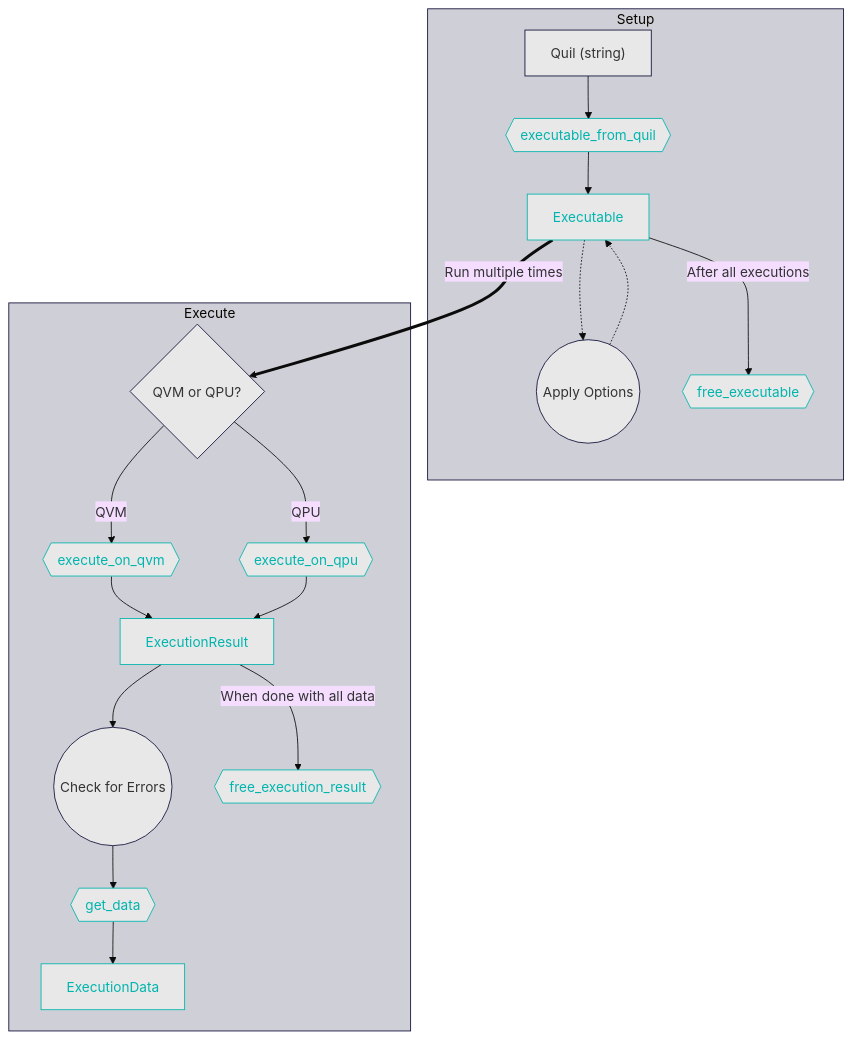
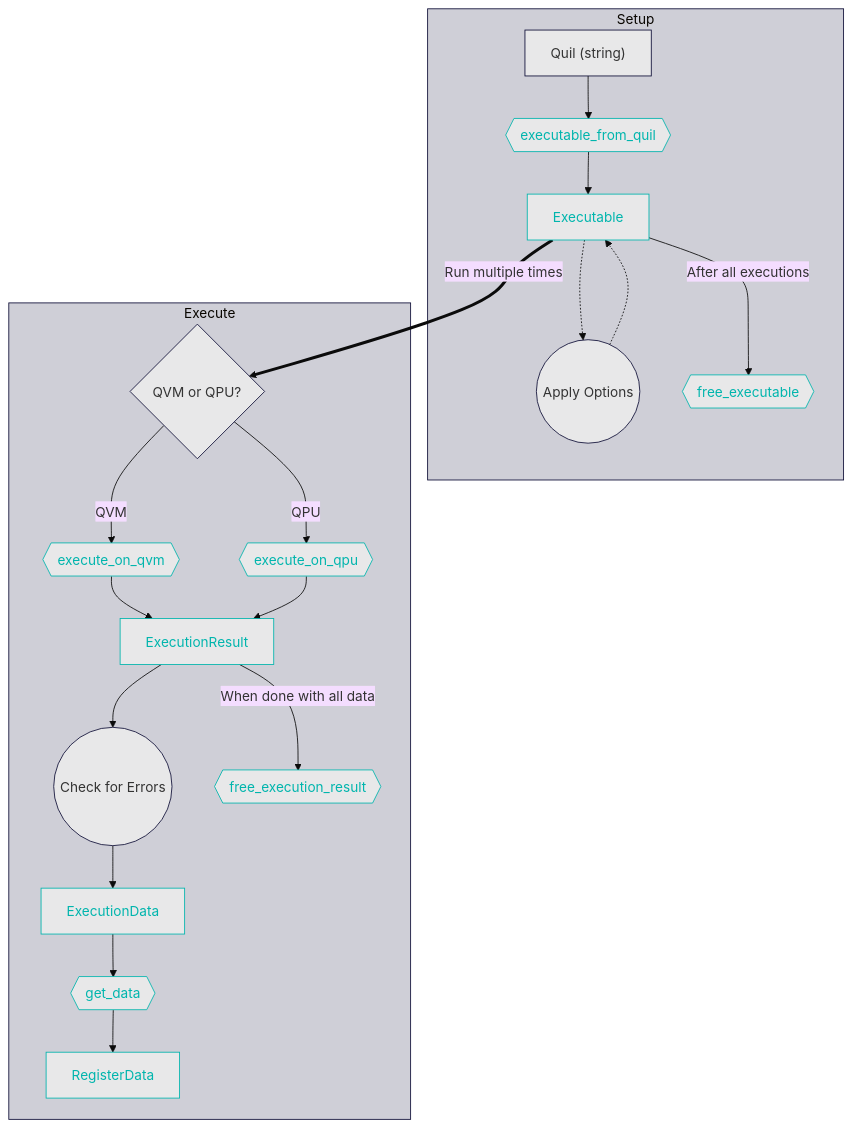
Before and after one commit to rigetti/qcs-sdk-c: the diagram in book/src/getting_started.md, drawn with Mermaid (base theme). The commit also changed other lines of this file and 16 other files, not shown here.

````diff
--- a/book/src/getting_started.md
+++ b/book/src/getting_started.md
@@ -7,40 +7,42 @@
 ```mermaid
 graph TD
     classDef clickable color:#00b5ad,stroke:#00b5ad,fill:#e8e8e9
     classDef default stroke:#0d0d36,fill:#e8e8e9
     
     subgraph Setup
         quil["Quil (string)"] --> exe_fn{{executable_from_quil}} --> Executable
         click exe_fn "/api/executable_from_quil.html"
         click Executable "/api/executable.html"
         Executable -.-> config((Apply Options)) -.-> Executable
         Executable --After all executions--> free_executable{{free_executable}}
         click free_executable "/api/free_executable.html"
         
         class exefn,Executable clickable
     end
     style Setup fill:#cfcfd7,stroke:#0d0d36
 
     Executable ==Run multiple times==> qvm_or_qpu{QVM or QPU?}
     
     subgraph Execute
         qvm_or_qpu --QVM--> execute_on_qvm{{execute_on_qvm}}
         click execute_on_qvm "/api/execute_on_qvm.html"
         qvm_or_qpu --QPU--> execute_on_qpu{{execute_on_qpu}}
         click execute_on_qpu "/api/execute_on_qpu.html"
         
         execute_on_qvm --> ExecutionResult
         execute_on_qpu --> ExecutionResult
         click ExecutionResult "/api/execution_result.html"
         ExecutionResult --> check_for_errors((Check for Errors))
+        --> ExecutionData
         --> get_data{{get_data}}
-        --> ExecutionData
+        --> RegisterData
         click get_data "/api/get_data.html"
         click ExecutionData "/api/execution_data.html"
+        click RegisterData "/api/register_data.html"
         ExecutionResult --When done with all data--> free_program_result{{free_execution_result}}
         click free_program_result "/api/free_execution_result.html"
         
     end
     style Execute fill:#cfcfd7,stroke:#0d0d36
     
 ```
````
